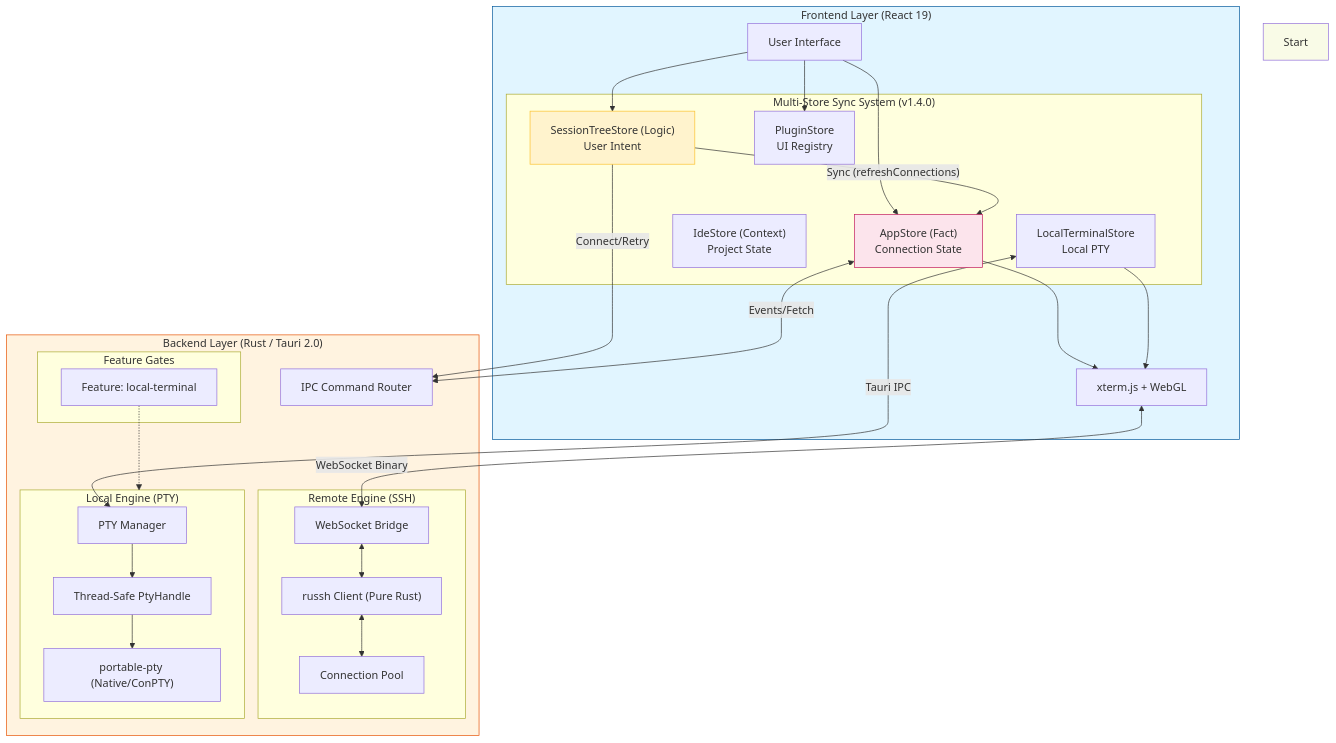
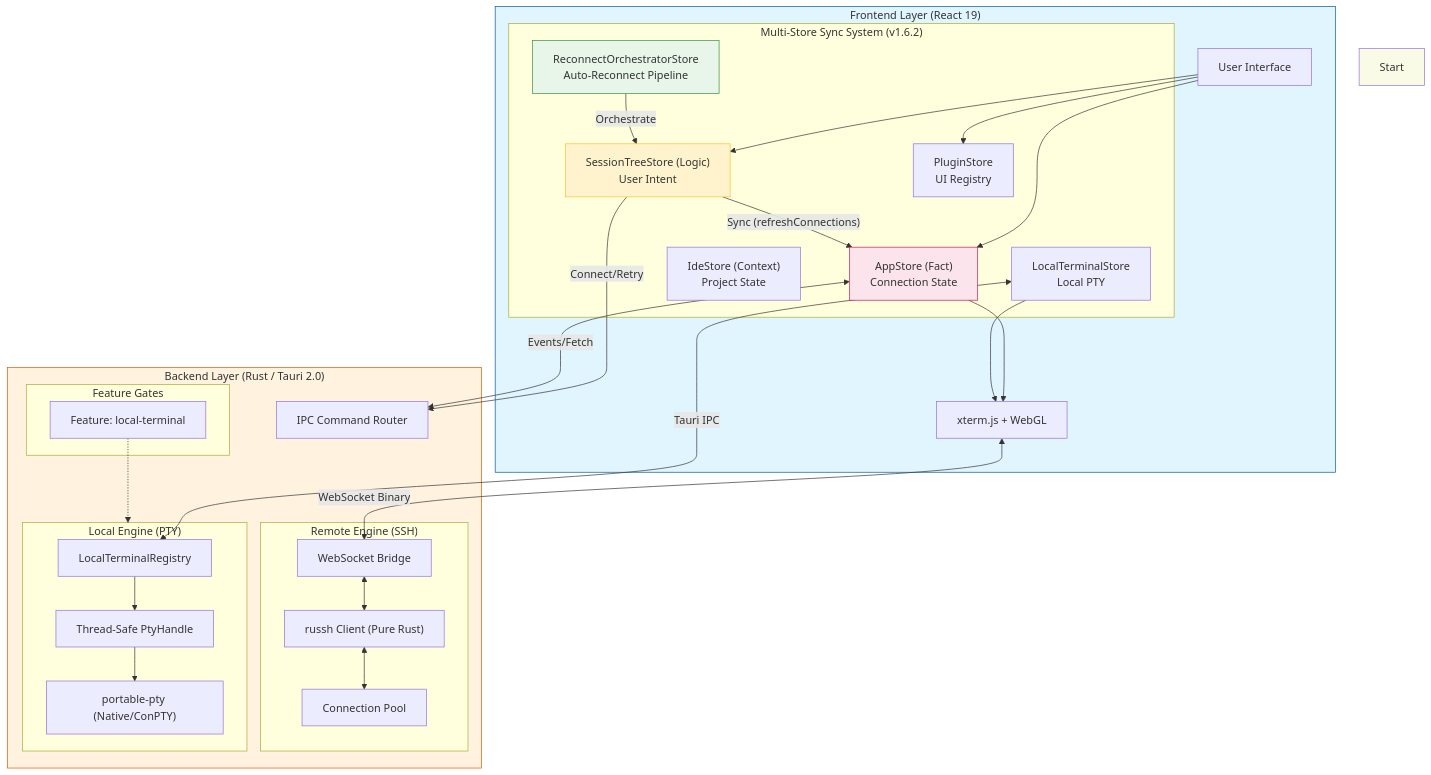
One commit to AnalyseDeCircuit/OxideTerm changed the first of 19 diagrams in docs/ARCHITECTURE.md. Above: the diagram before and after it, drawn with Mermaid. The commit also changed other lines of this file and 3 other files, not shown here.

````diff
--- a/docs/ARCHITECTURE.md
+++ b/docs/ARCHITECTURE.md
@@ -54,62 +54,65 @@
 ```mermaid
 flowchart TB
     subgraph Frontend ["Frontend Layer (React 19)"]
         UI[User Interface]
-        
-        subgraph Stores ["Multi-Store Sync System (v1.4.0)"]
+
+        subgraph Stores ["Multi-Store Sync System (v1.6.2)"]
             TreeStore["SessionTreeStore (Logic)<br/>User Intent"]
             RemoteStore["AppStore (Fact)<br/>Connection State"]
             IdeStore["IdeStore (Context)<br/>Project State"]
             LocalStore["LocalTerminalStore<br/>Local PTY"]
+            ReconnectStore["ReconnectOrchestratorStore<br/>Auto-Reconnect Pipeline"]
             PluginStore["PluginStore<br/>UI Registry"]
         end
 
         Terminal["xterm.js + WebGL"]
 
         UI --> TreeStore
         UI --> RemoteStore
         UI --> PluginStore
-        
+
         TreeStore -- "Sync (refreshConnections)" --> RemoteStore
         RemoteStore --> Terminal
         LocalStore --> Terminal
+        ReconnectStore -- "Orchestrate" --> TreeStore
     end
 
     subgraph Backend ["Backend Layer (Rust / Tauri 2.0)"]
         Router["IPC Command Router"]
-        
+
         subgraph Features ["Feature Gates"]
             LocalFeat["Feature: local-terminal"]
         end
 
         subgraph RemoteEngine ["Remote Engine (SSH)"]
             WS["WebSocket Bridge"]
             SSH["russh Client (Pure Rust)"]
             Pool["Connection Pool"]
         end
 
         subgraph LocalEngine ["Local Engine (PTY)"]
-            PtyMgr["PTY Manager"]
+            LocalReg["LocalTerminalRegistry"]
             PtyHandle["Thread-Safe PtyHandle"]
             NativePTY["portable-pty (Native/ConPTY)"]
         end
     end
 
     %% Data Flows
-    LocalStore <-->|Tauri IPC| PtyMgr
-    PtyMgr --> PtyHandle --> NativePTY
-    
+    LocalStore <-->|Tauri IPC| LocalReg
+    LocalReg --> PtyHandle --> NativePTY
+
     TreeStore -->|Connect/Retry| Router
     RemoteStore <-->|Events/Fetch| Router
-    
+
     Terminal <-->|WebSocket Binary| WS
     WS <--> SSH <--> Pool
-    
+
     LocalFeat -.-> LocalEngine
-    
+
     style Frontend fill:#e1f5ff,stroke:#01579b
     style Backend fill:#fff3e0,stroke:#e65100
     style Start fill:#f9fbe7
     style TreeStore fill:#fff3cd,stroke:#fbc02d
     style RemoteStore fill:#fce4ec,stroke:#c2185b
+    style ReconnectStore fill:#e8f5e9,stroke:#388e3c
 ```
````
